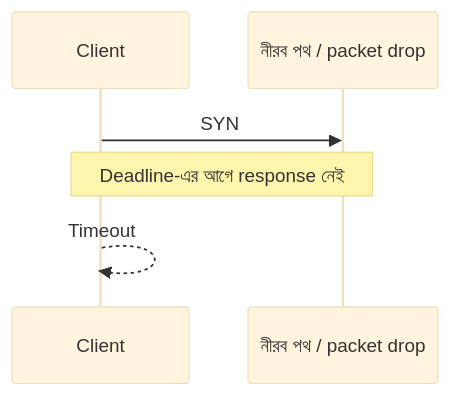
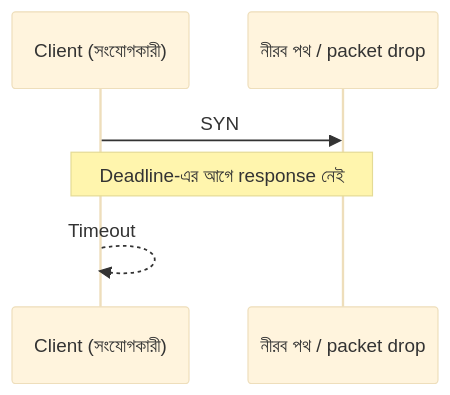
One commit to shomi-khan/red-blue-lab changed the third of 4 diagrams in chapters/02-see-your-network/README.md. Above: the diagram before and after it, drawn with Mermaid (base theme). The commit also changed other lines of this file, not shown here.

Commit message:
docs: clarify client role in Chapter 02 diagrams

````diff
--- a/chapters/02-see-your-network/README.md
+++ b/chapters/02-see-your-network/README.md
@@ -188,8 +188,8 @@
 ```mermaid
 sequenceDiagram
-    participant C as Client
+    participant C as Client (সংযোগকারী)
     participant F as নীরব পথ / packet drop
     C->>F: SYN
     Note over C,F: Deadline-এর আগে response নেই
     C-->>C: Timeout
 ```
````
